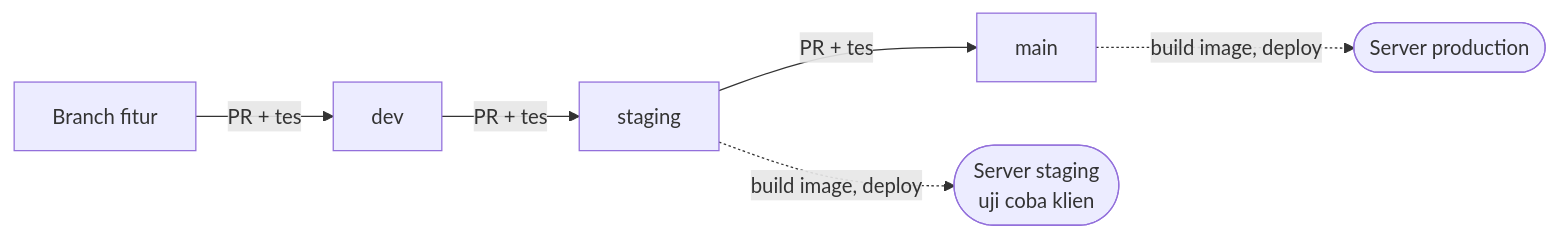
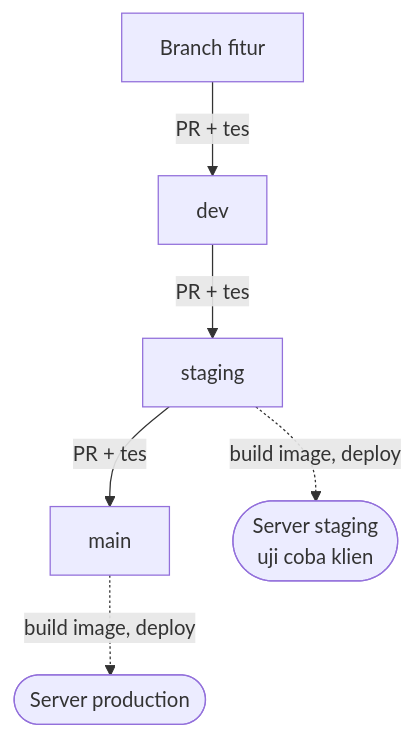
The diagram in profile/README.md (Webekspres/.github), drawn with Mermaid before and after one commit.

Commit message:
docs(profile): diagram alur rilis vertikal agar terbaca

````diff
--- a/profile/README.md
+++ b/profile/README.md
@@ -174,8 +174,8 @@
 ```mermaid
-flowchart LR
+flowchart TB
     F["Branch fitur"] -- "PR + tes" --> D["dev"]
     D -- "PR + tes" --> S["staging"]
     S -- "PR + tes" --> M["main"]
     S -. "build image, deploy" .-> ST(["Server staging<br/>uji coba klien"])
     M -. "build image, deploy" .-> PR(["Server production"])
 ```
````
